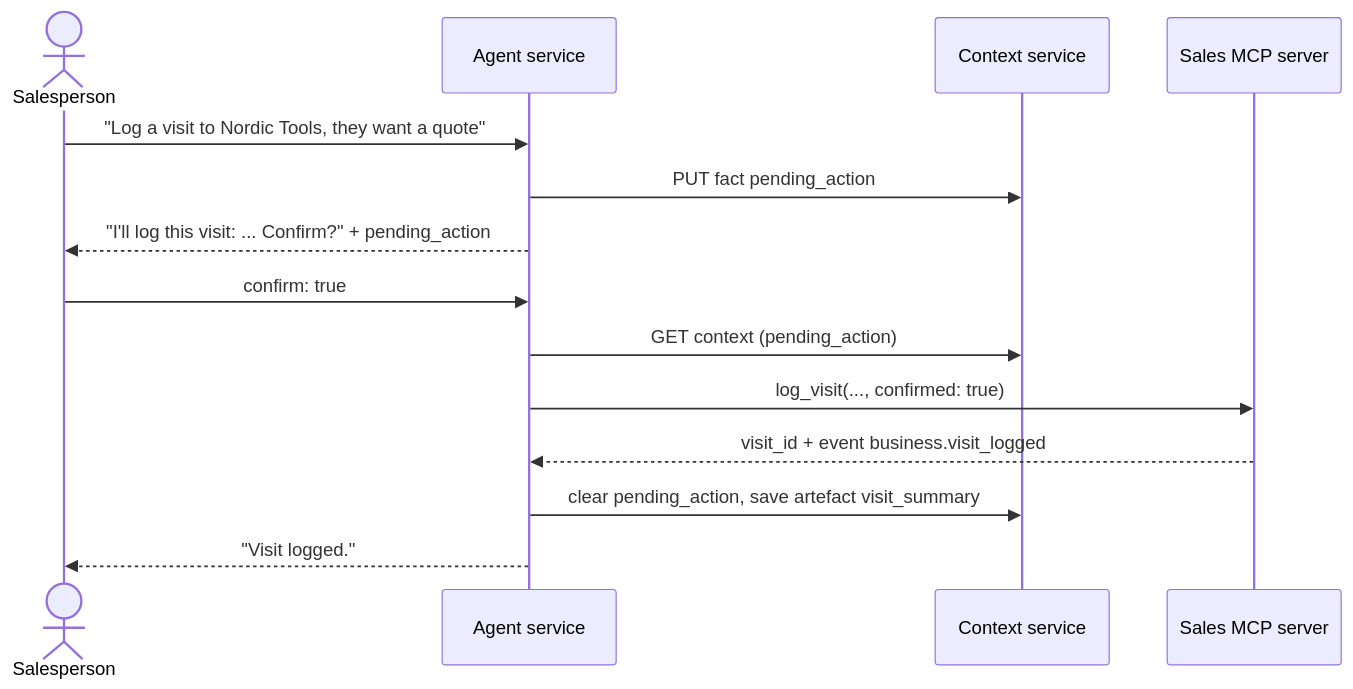
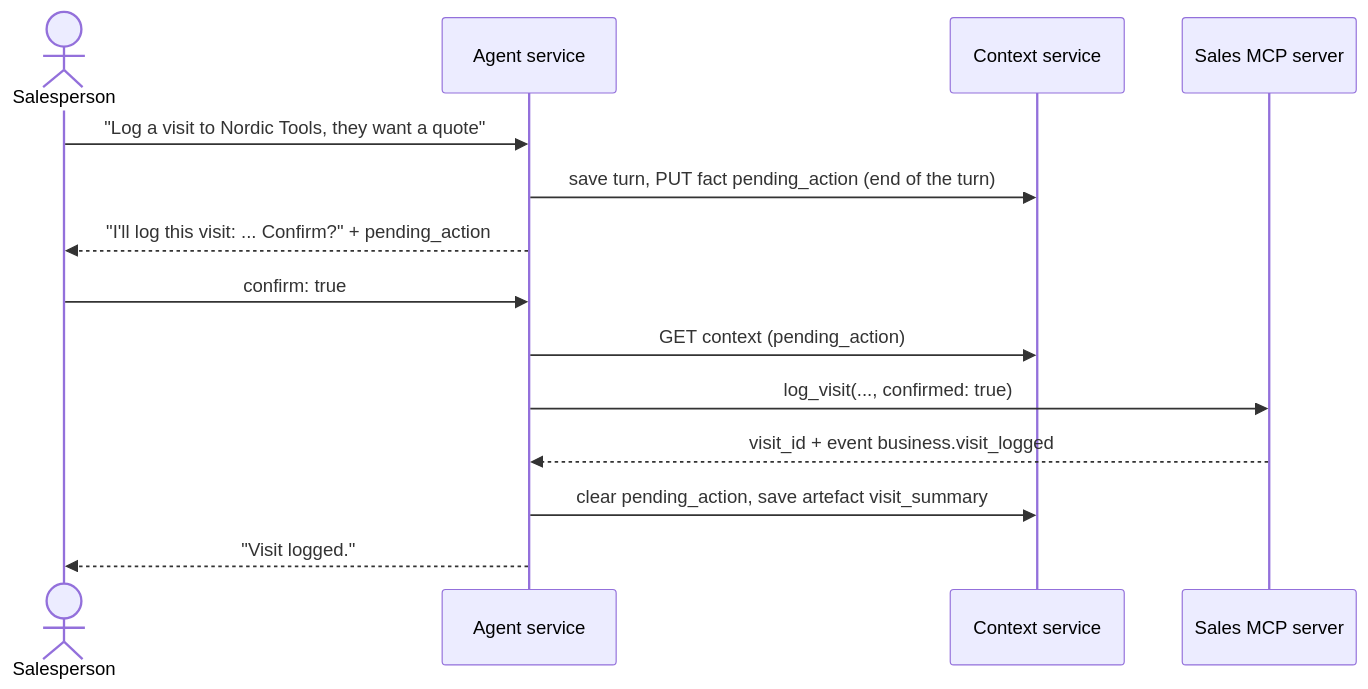
One commit to atiliosud/field-sales-agent-reference changed the fifth of 7 diagrams in docs/architecture.md. Above: the diagram before and after it, drawn with Mermaid. The commit also changed other lines of this file and 30 other files, not shown here.

Commit message:
feat(agent): add the LangGraph agent service with confirmation flow and harness

````diff
--- a/docs/architecture.md
+++ b/docs/architecture.md
@@ -178,16 +178,16 @@
 ```mermaid
 sequenceDiagram
     actor U as Salesperson
     participant A as Agent service
     participant C as Context service
     participant M as Sales MCP server
     U->>A: "Log a visit to Nordic Tools, they want a quote"
-    A->>C: PUT fact pending_action
+    A->>C: save turn, PUT fact pending_action (end of the turn)
     A-->>U: "I'll log this visit: ... Confirm?" + pending_action
     U->>A: confirm: true
     A->>C: GET context (pending_action)
     A->>M: log_visit(..., confirmed: true)
     M-->>A: visit_id + event business.visit_logged
     A->>C: clear pending_action, save artefact visit_summary
     A-->>U: "Visit logged."
 ```
````
